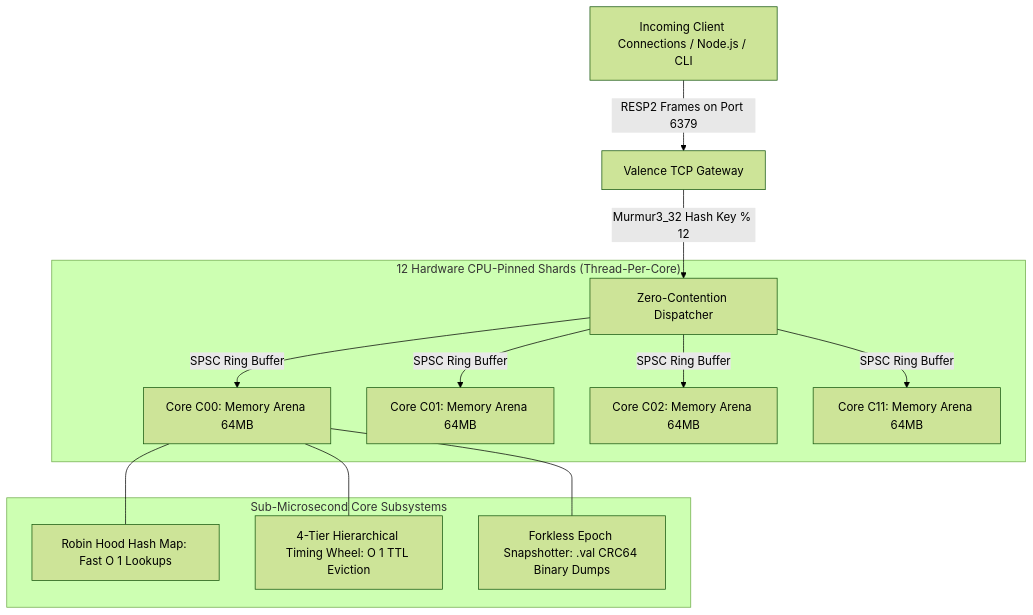
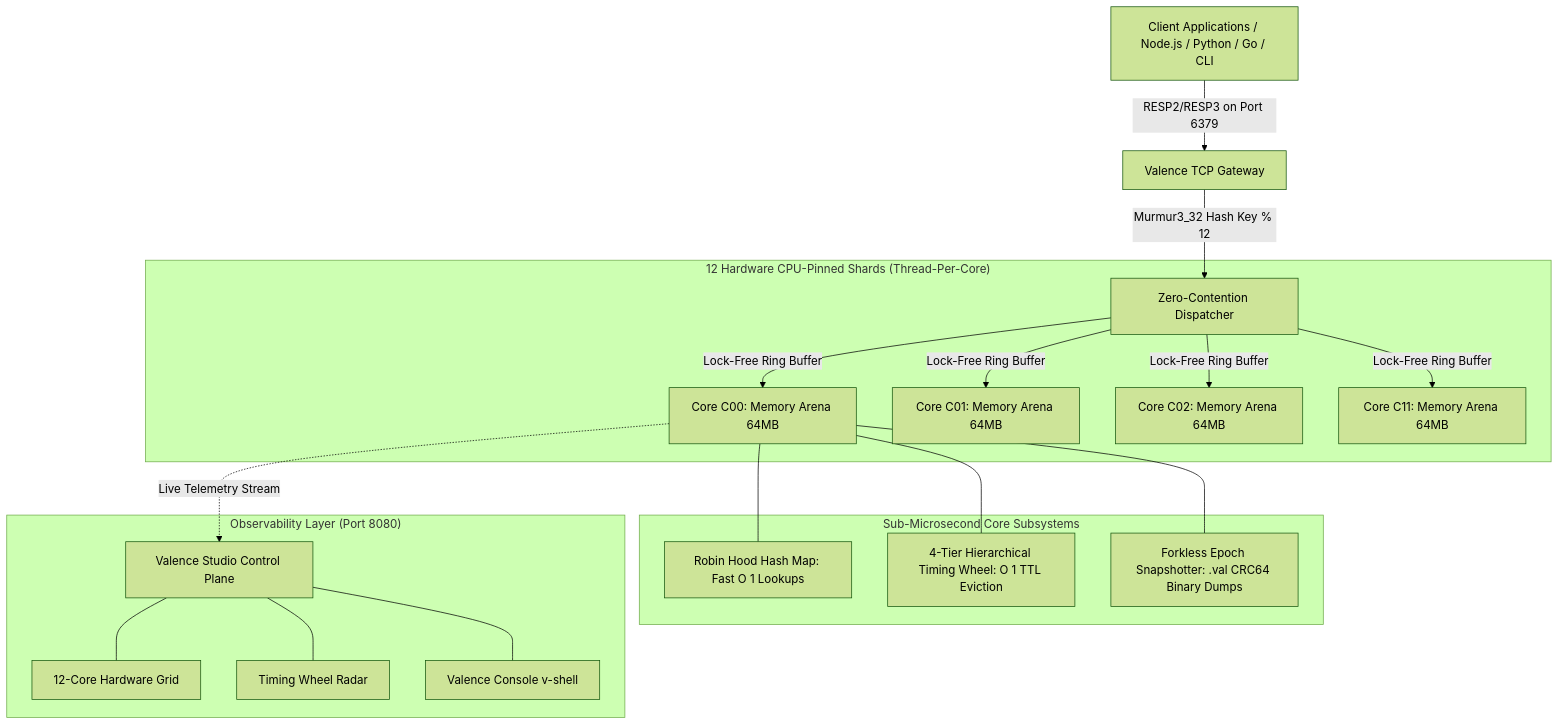
The diagram in README.md (akash20065ray-sys/VALENCE_2.0), drawn with Mermaid (forest theme) before and after one commit. The commit also changed other lines of this file and 78 other files, not shown here.

Commit message:
feat: Valence 2.0 release — new Supabase/Datadog dark carbon database studio, lock-free hardware matrix, O(1) timing wheel, and zero-hardcoding engine control plane

````diff
--- a/README.md
+++ b/README.md
@@ -22,18 +27,25 @@
 ```mermaid
 graph TD
-    Client[Incoming Client Connections / Node.js / CLI] -->|RESP2 Frames on Port 6379| Gateway[Valence TCP Gateway]
+    Client[Client Applications / Node.js / Python / Go / CLI] -->|RESP2/RESP3 on Port 6379| Gateway[Valence TCP Gateway]
     Gateway -->|Murmur3_32 Hash Key % 12| Dispatcher[Zero-Contention Dispatcher]
     
     subgraph "12 Hardware CPU-Pinned Shards (Thread-Per-Core)"
-        Dispatcher -->|SPSC Ring Buffer| Core0[Core C00: Memory Arena 64MB]
-        Dispatcher -->|SPSC Ring Buffer| Core1[Core C01: Memory Arena 64MB]
-        Dispatcher -->|SPSC Ring Buffer| Core2[Core C02: Memory Arena 64MB]
-        Dispatcher -->|SPSC Ring Buffer| CoreN[Core C11: Memory Arena 64MB]
+        Dispatcher -->|Lock-Free Ring Buffer| Core0[Core C00: Memory Arena 64MB]
+        Dispatcher -->|Lock-Free Ring Buffer| Core1[Core C01: Memory Arena 64MB]
+        Dispatcher -->|Lock-Free Ring Buffer| Core2[Core C02: Memory Arena 64MB]
+        Dispatcher -->|Lock-Free Ring Buffer| CoreN[Core C11: Memory Arena 64MB]
     end
     
     subgraph "Sub-Microsecond Core Subsystems"
         Core0 --- RHMap[Robin Hood Hash Map: Fast O 1 Lookups]
         Core0 --- Wheel[4-Tier Hierarchical Timing Wheel: O 1 TTL Eviction]
         Core0 --- Snapshot[Forkless Epoch Snapshotter: .val CRC64 Binary Dumps]
     end
+
+    subgraph "Observability Layer (Port 8080)"
+        Core0 -.->|Live Telemetry Stream| Studio[Valence Studio Control Plane]
+        Studio --- Grid[12-Core Hardware Grid]
+        Studio --- Radar[Timing Wheel Radar]
+        Studio --- VShell[Valence Console v-shell]
+    end
 ```
````
